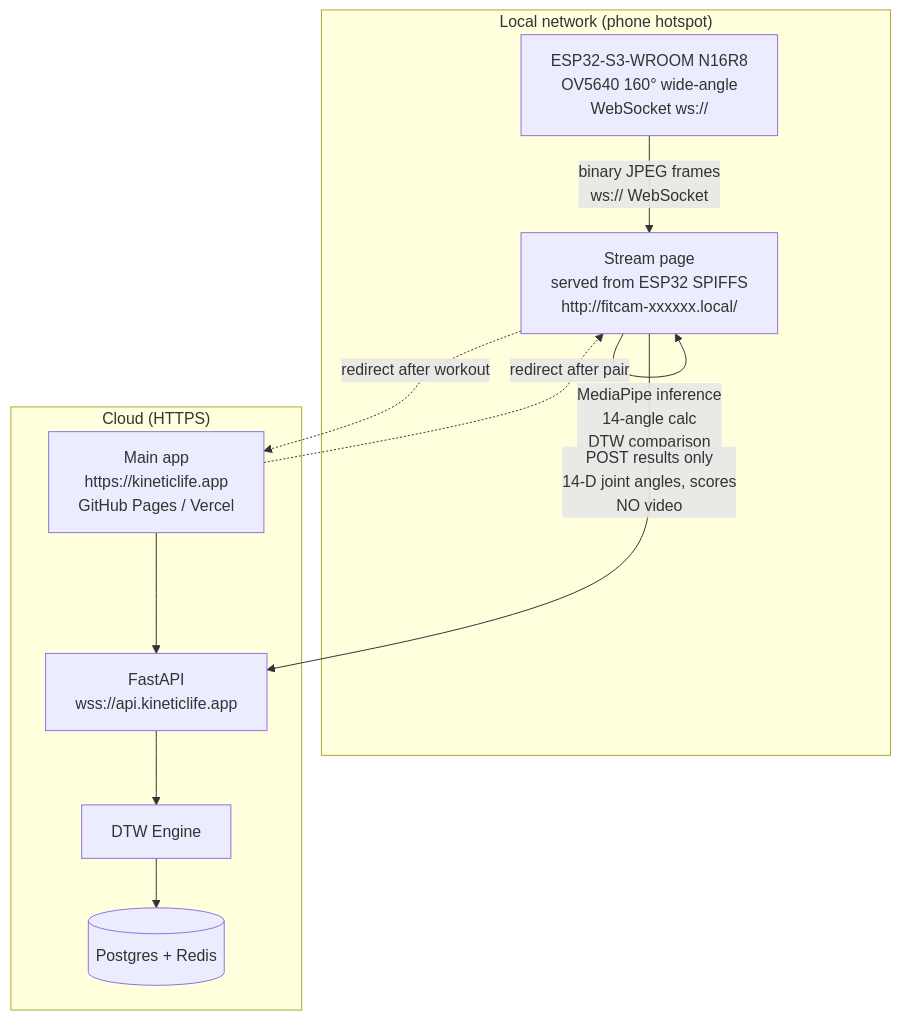
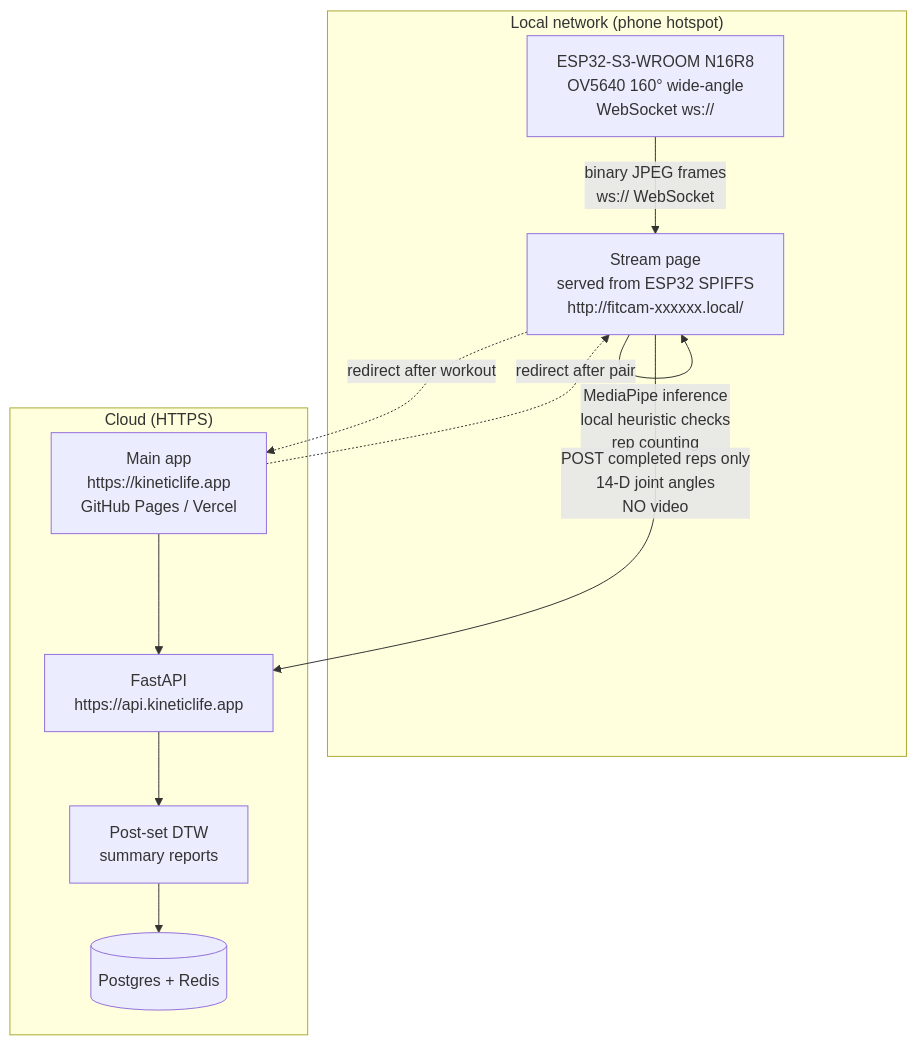
Before and after one commit to Dennis-T-cloud/KineticLife-: the first of 2 diagrams in docs/00_System_Overview.md, drawn with Mermaid. The commit also changed other lines of this file and 6 other files, not shown here.

````diff
--- a/docs/00_System_Overview.md
+++ b/docs/00_System_Overview.md
@@ -37,21 +37,21 @@
 ```mermaid
 flowchart TB
     subgraph Local["Local network (phone hotspot)"]
         ESP["ESP32-S3-WROOM N16R8<br/>OV5640 160° wide-angle<br/>WebSocket ws://"]
         StreamPage["Stream page<br/>served from ESP32 SPIFFS<br/>http://fitcam-xxxxxx.local/"]
         ESP -- "binary JPEG frames<br/>ws:// WebSocket" --> StreamPage
-        StreamPage -- "MediaPipe inference<br/>14-angle calc<br/>DTW comparison" --> StreamPage
+        StreamPage -- "MediaPipe inference<br/>local heuristic checks<br/>rep counting" --> StreamPage
     end
 
     subgraph Cloud["Cloud (HTTPS)"]
         MainApp["Main app<br/>https://kineticlife.app<br/>GitHub Pages / Vercel"]
-        API["FastAPI<br/>wss://api.kineticlife.app"]
-        DTW["DTW Engine"]
+        API["FastAPI<br/>https://api.kineticlife.app"]
+        DTW["Post-set DTW<br/>summary reports"]
         DB[("Postgres + Redis")]
         MainApp --> API --> DTW --> DB
     end
 
-    StreamPage -- "POST results only<br/>14-D joint angles, scores<br/>NO video" --> API
+    StreamPage -- "POST completed reps only<br/>14-D joint angles<br/>NO video" --> API
     MainApp -. "redirect after pair" .-> StreamPage
     StreamPage -. "redirect after workout" .-> MainApp
 ```
````
